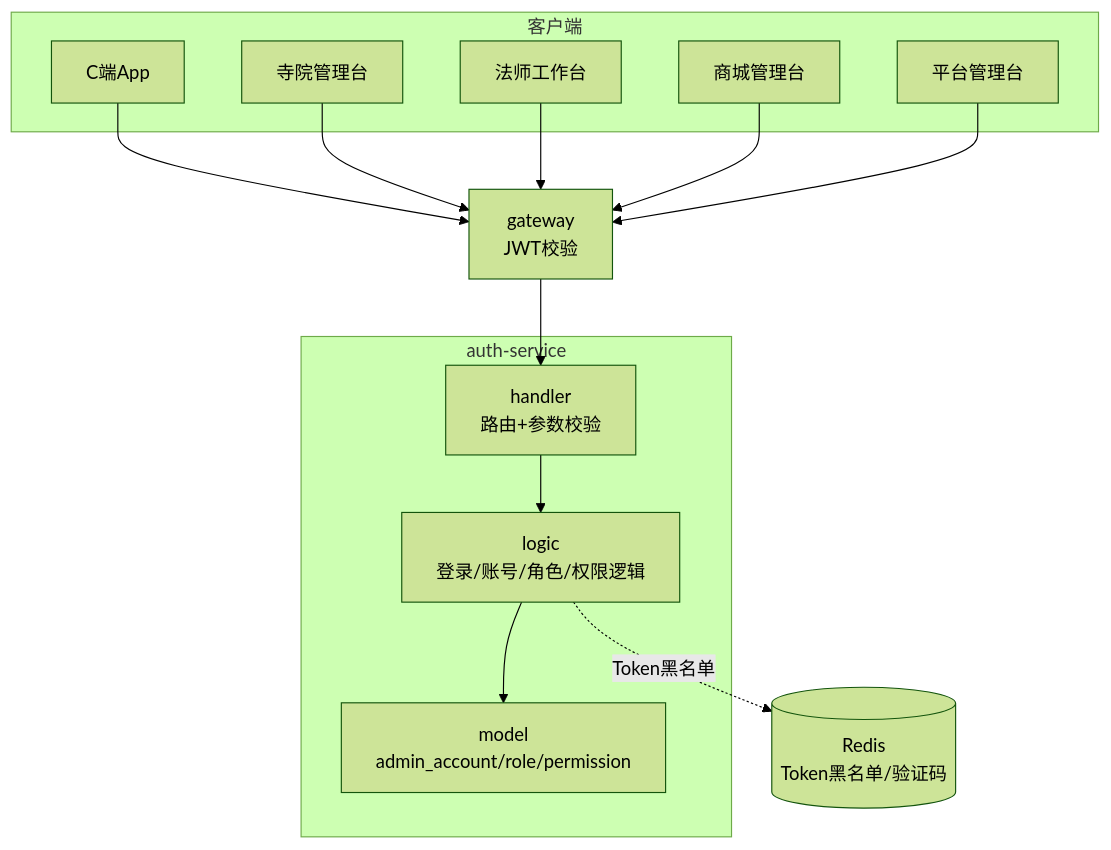
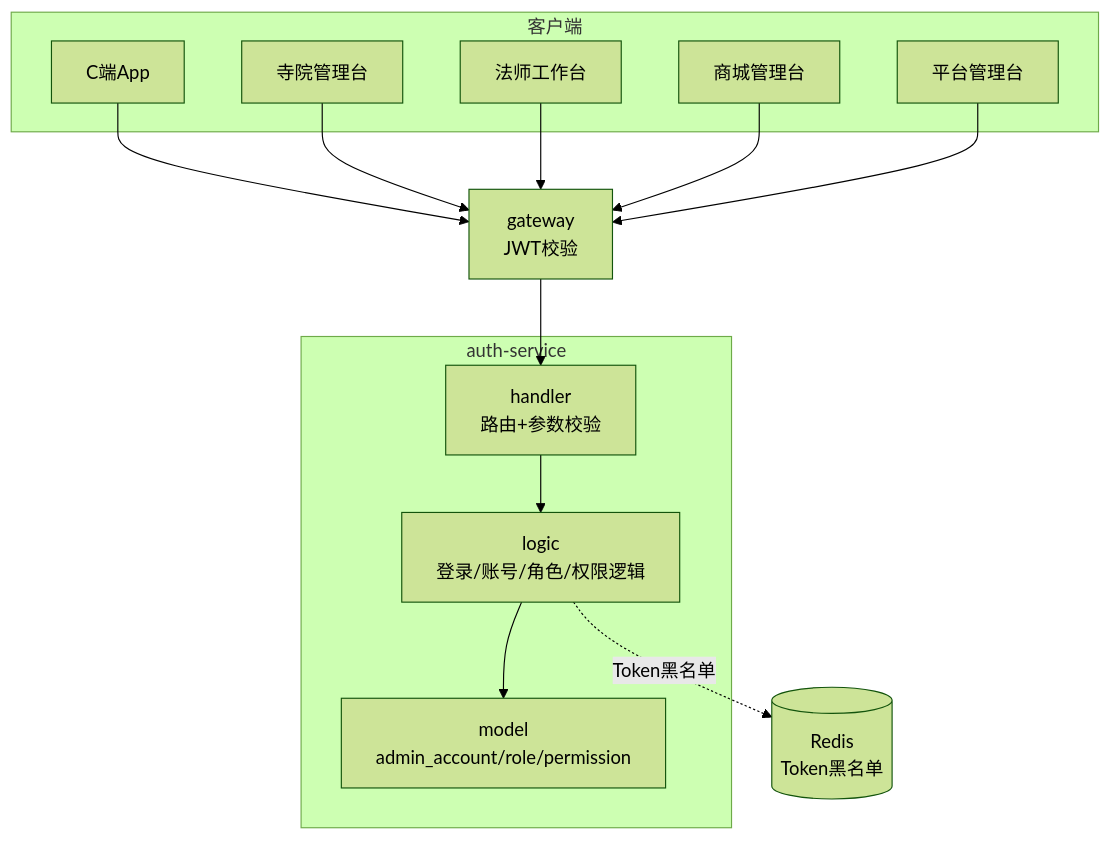
One commit to askxuan-dongfang/askxuan-docs changed the first of 2 diagrams in docs/architecture/services/认证服务.md. Above: the diagram before and after it, drawn with Mermaid (forest theme). The commit also changed other lines of this file and 11 other files, not shown here.

````diff
--- a/docs/architecture/services/认证服务.md
+++ b/docs/architecture/services/认证服务.md
@@ -28,25 +28,25 @@
 ```mermaid
 graph TB
     subgraph 客户端
         C1[C端App]
         C2[寺院管理台]
         C3[法师工作台]
         C4[商城管理台]
         C5[平台管理台]
     end
 
     subgraph auth-service
         HANDLER[handler<br/>路由+参数校验]
         LOGIC[logic<br/>登录/账号/角色/权限逻辑]
         MODEL[model<br/>admin_account/role/permission]
     end
 
     GW[gateway<br/>JWT校验]
-    REDIS[(Redis<br/>Token黑名单/验证码)]
+    REDIS[(Redis<br/>Token黑名单)]
 
     C1 & C2 & C3 & C4 & C5 --> GW
     GW --> HANDLER
     HANDLER --> LOGIC
     LOGIC --> MODEL
     LOGIC -.Token黑名单.-> REDIS
 ```
````
